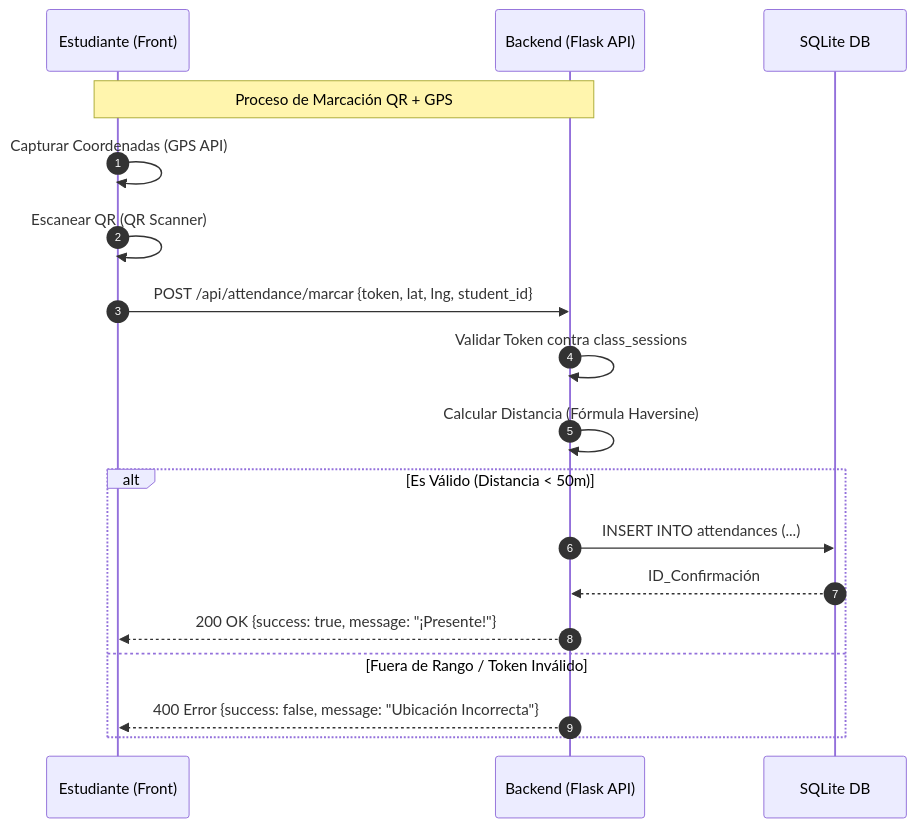
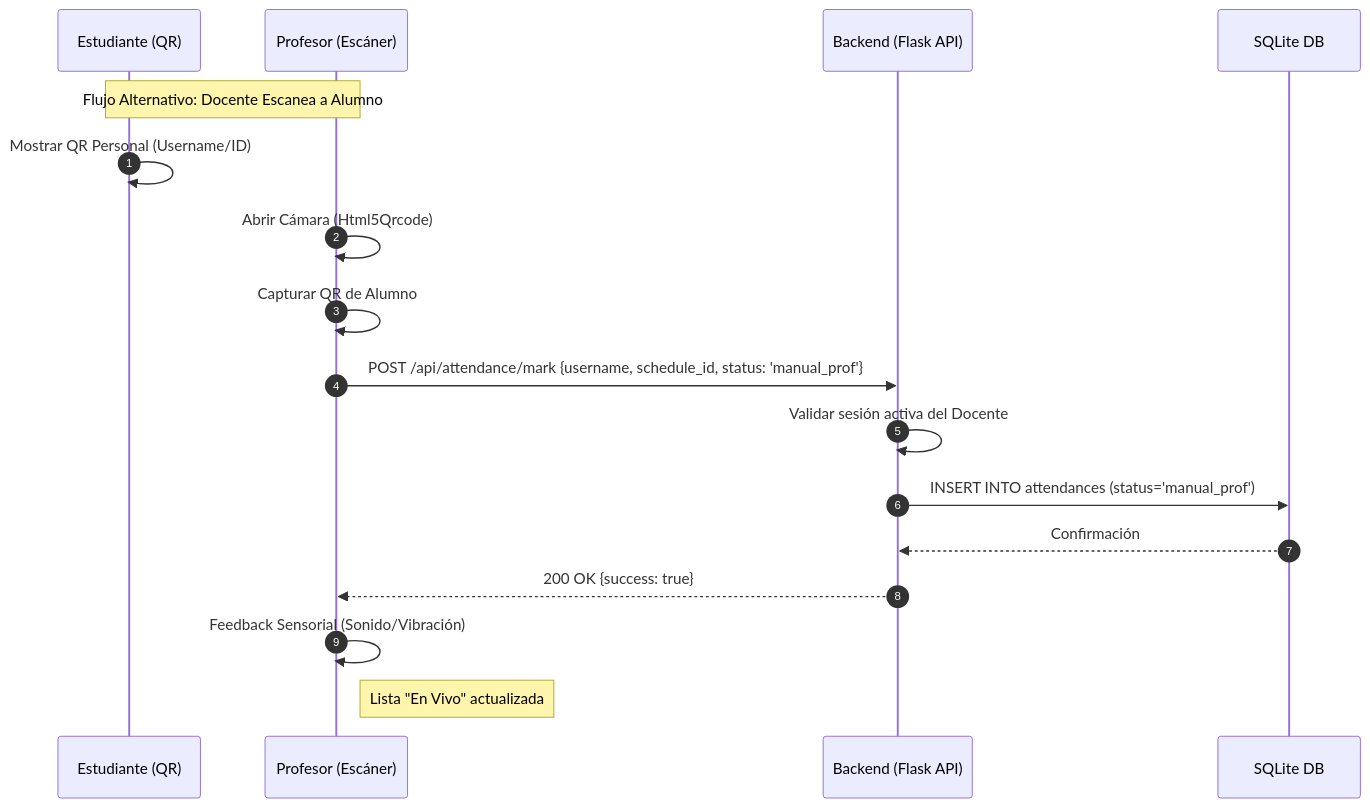
The second of 4 diagrams in Diagramas/DIAGRAMAS_TECNICOS.md (shepro28031628/Gestor-de-Asistencia-Universidad), drawn with Mermaid before and after one commit. The commit also changed 20 other files, not shown here.

````diff
--- a/Diagramas/DIAGRAMAS_TECNICOS.md
+++ b/Diagramas/DIAGRAMAS_TECNICOS.md
@@ -42,21 +42,20 @@
 ```mermaid
 sequenceDiagram
     autonumber
-    participant E as Estudiante (Front)
+    participant E as Estudiante (QR)
+    participant P as Profesor (Escáner)
     participant B as Backend (Flask API)
     participant DB as SQLite DB
 
-    Note over E, B: Proceso de Marcación QR + GPS
-    E->>E: Capturar Coordenadas (GPS API)
-    E->>E: Escanear QR (QR Scanner)
-    E->>B: POST /api/attendance/marcar {token, lat, lng, student_id}
-    B->>B: Validar Token contra class_sessions
-    B->>B: Calcular Distancia (Fórmula Haversine)
-    alt Es Válido (Distancia < 50m)
-        B->>DB: INSERT INTO attendances (...)
-        DB-->>B: ID_Confirmación
-        B-->>E: 200 OK {success: true, message: "¡Presente!"}
-    else Fuera de Rango / Token Inválido
-        B-->>E: 400 Error {success: false, message: "Ubicación Incorrecta"}
-    end
+    Note over E, P: Flujo Alternativo: Docente Escanea a Alumno
+    E->>E: Mostrar QR Personal (Username/ID)
+    P->>P: Abrir Cámara (Html5Qrcode)
+    P->>P: Capturar QR de Alumno
+    P->>B: POST /api/attendance/mark {username, schedule_id, status: 'manual_prof'}
+    B->>B: Validar sesión activa del Docente
+    B->>DB: INSERT INTO attendances (status='manual_prof')
+    DB-->>B: Confirmación
+    B-->>P: 200 OK {success: true}
+    P->>P: Feedback Sensorial (Sonido/Vibración)
+    Note right of P: Lista "En Vivo" actualizada
 ```
````
